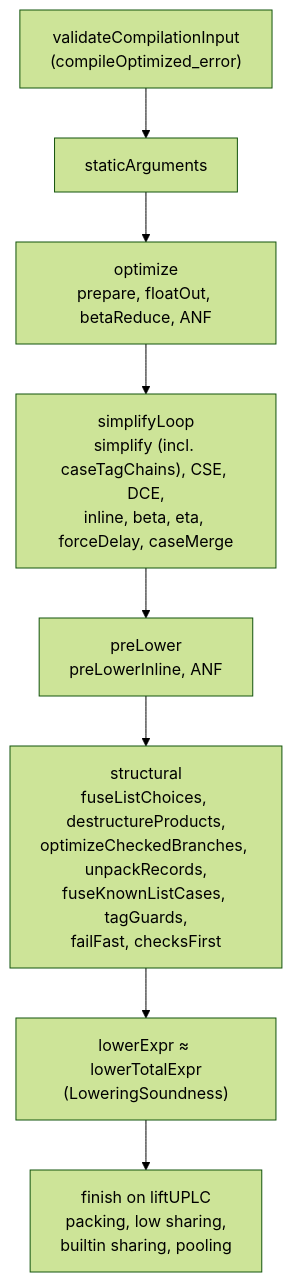
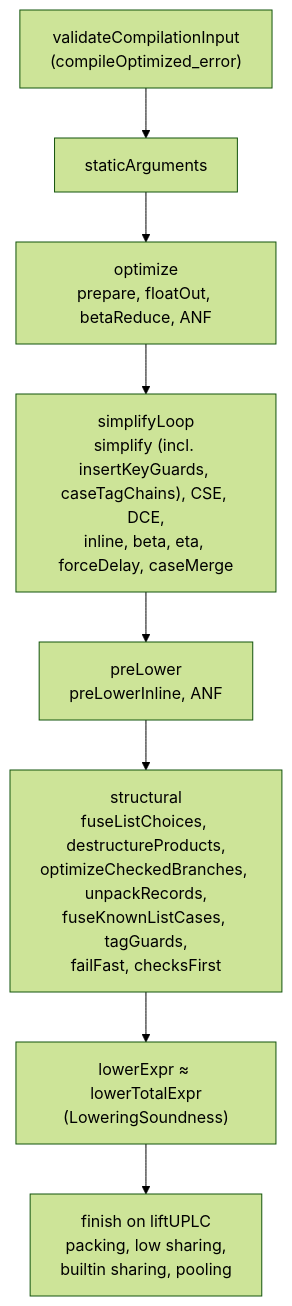
Before and after one commit to SeungheonOh/Moist: the diagram in docs/MIR-Pipeline-Soundness.md, drawn with Mermaid (forest theme). The commit also changed other lines of this file and 13 other files, not shown here.

````diff
--- a/docs/MIR-Pipeline-Soundness.md
+++ b/docs/MIR-Pipeline-Soundness.md
@@ -50,10 +50,10 @@
 ```mermaid
 graph TD
   V["validateCompilationInput<br>(compileOptimized_error)"] --> S["staticArguments"]
   S --> O["optimize<br>prepare, floatOut, betaReduce, ANF"]
-  O --> L["simplifyLoop<br>simplify (incl. caseTagChains), CSE, DCE,<br>inline, beta, eta, forceDelay, caseMerge"]
+  O --> L["simplifyLoop<br>simplify (incl. insertKeyGuards, caseTagChains), CSE, DCE,<br>inline, beta, eta, forceDelay, caseMerge"]
   L --> P["preLower<br>preLowerInline, ANF"]
   P --> T["structural<br>fuseListChoices, destructureProducts,<br>optimizeCheckedBranches, unpackRecords,<br>fuseKnownListCases, tagGuards,<br>failFast, checksFirst"]
   T --> W["lowerExpr ≈ lowerTotalExpr<br>(LoweringSoundness)"]
   W --> F["finish on liftUPLC<br>packing, low sharing,<br>builtin sharing, pooling"]
 ```
````
